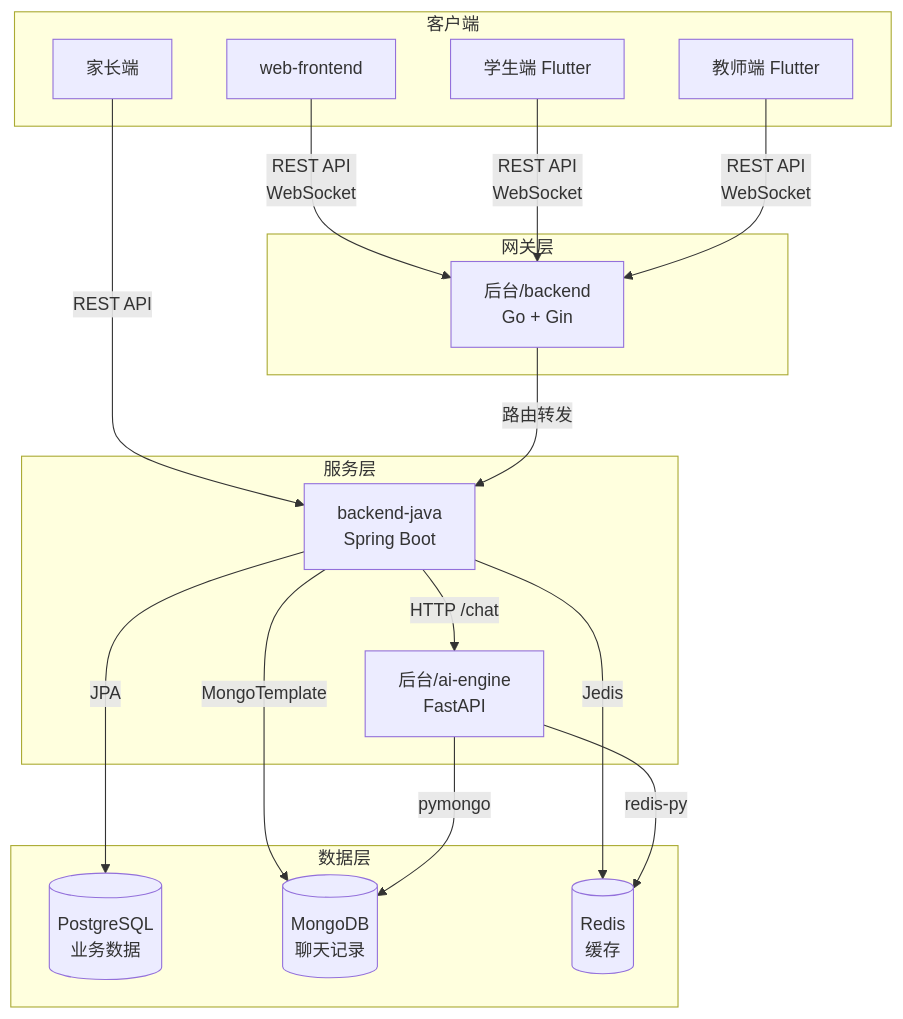
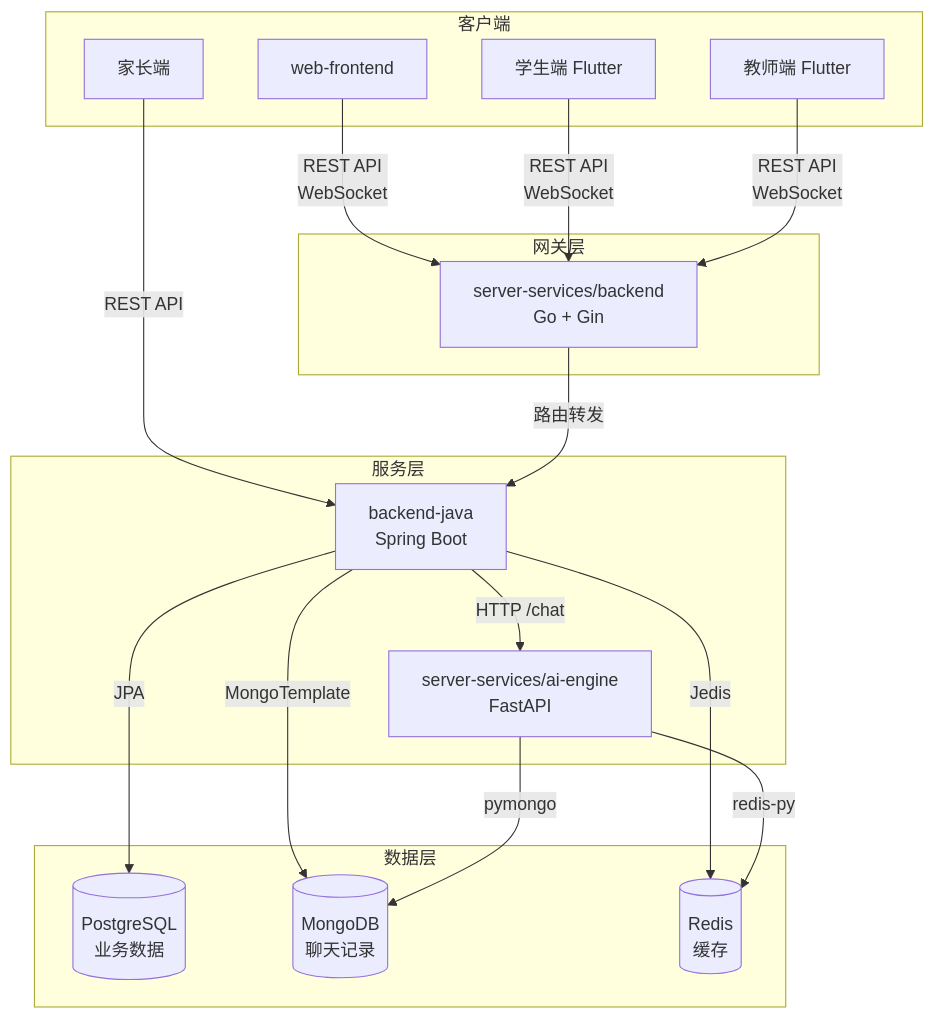
Before and after one commit to user-unknowed/-StarIsle-: the first of 5 diagrams in docs/code-wiki/dependencies.md, drawn with Mermaid. The commit also changed other lines of this file and 141 other files, not shown here.

````diff
--- a/docs/code-wiki/dependencies.md
+++ b/docs/code-wiki/dependencies.md
@@ -5,38 +5,38 @@
 ```mermaid
 flowchart TB
     subgraph Client["客户端"]
         WF["web-frontend"]
         ST["学生端 Flutter"]
         TE["教师端 Flutter"]
         PA["家长端"]
     end
 
     subgraph Gateway["网关层"]
-        GO["后台/backend<br/>Go + Gin"]
+        GO["server-services/backend<br/>Go + Gin"]
     end
 
     subgraph Service["服务层"]
         BJ["backend-java<br/>Spring Boot"]
-        AI["后台/ai-engine<br/>FastAPI"]
+        AI["server-services/ai-engine<br/>FastAPI"]
     end
 
     subgraph Data["数据层"]
         PG[("PostgreSQL<br/>业务数据")]
         MG[("MongoDB<br/>聊天记录")]
         RD[("Redis<br/>缓存")]
     end
 
     WF -->|"REST API<br/>WebSocket"| GO
     ST -->|"REST API<br/>WebSocket"| GO
     TE -->|"REST API<br/>WebSocket"| GO
     PA -->|"REST API"| BJ
 
     GO -->|"路由转发"| BJ
     BJ -->|"HTTP /chat"| AI
 
     BJ -->|"JPA"| PG
     BJ -->|"MongoTemplate"| MG
     BJ -->|"Jedis"| RD
     AI -->|"pymongo"| MG
     AI -->|"redis-py"| RD
 ```
````
